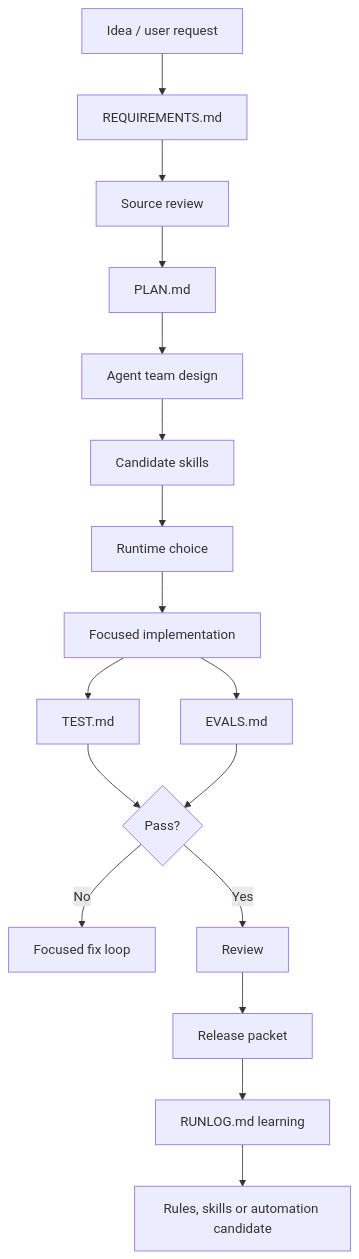
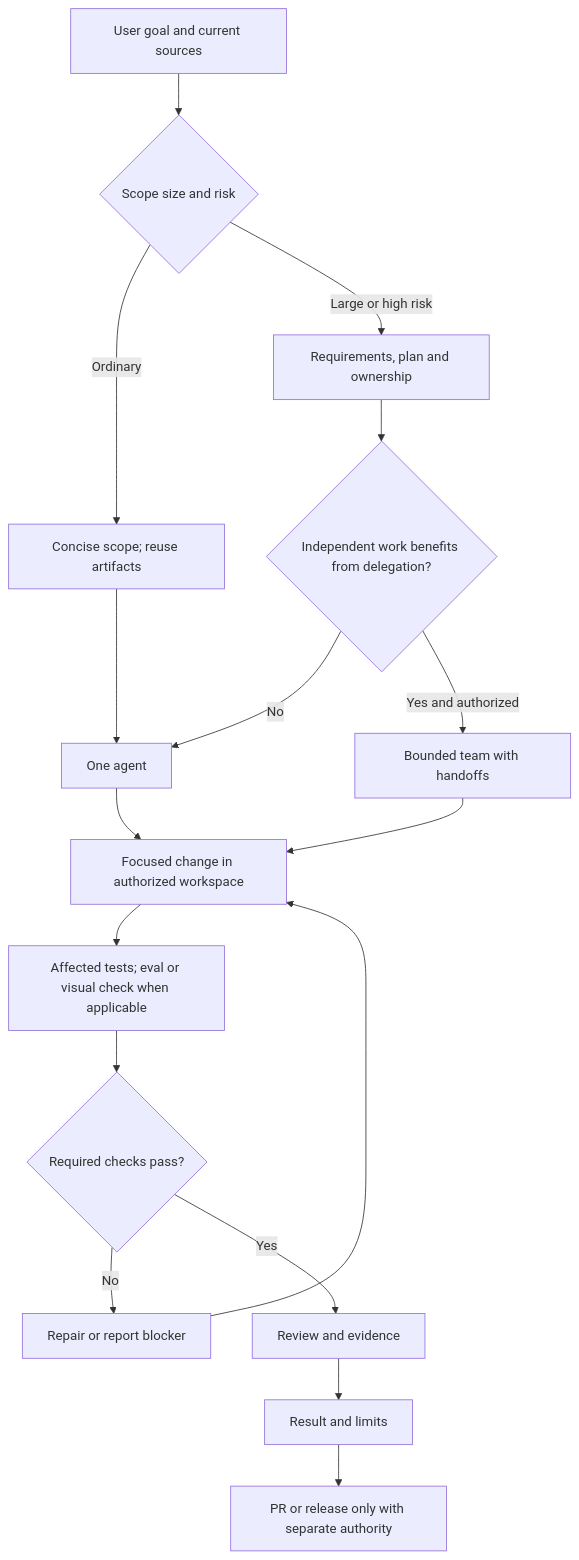
One commit to alexroadcaster/product-agent-os changed the diagram in docs/diagrams/product-delivery-lifecycle.en.md. Above: the diagram before and after it, drawn with Mermaid. The commit also changed other lines of this file and 560 other files, not shown here.

````diff
--- a/docs/diagrams/product-delivery-lifecycle.en.md
+++ b/docs/diagrams/product-delivery-lifecycle.en.md
@@ -7,19 +7,19 @@
 ```mermaid
 flowchart TD
-    A["Idea / user request"] --> B["REQUIREMENTS.md"]
-    B --> C["Source review"]
-    C --> D["PLAN.md"]
-    D --> E["Agent team design"]
-    E --> F["Candidate skills"]
-    F --> G["Runtime choice"]
-    G --> H["Focused implementation"]
-    H --> I["TEST.md"]
-    H --> J["EVALS.md"]
-    I --> K{"Pass?"}
-    J --> K
-    K -->|No| L["Focused fix loop"]
-    K -->|Yes| M["Review"]
-    M --> N["Release packet"]
-    N --> O["RUNLOG.md learning"]
-    O --> P["Rules, skills or automation candidate"]
+    A["User goal and current sources"] --> B{"Scope size and risk"}
+    B -->|Ordinary| C["Concise scope; reuse artifacts"]
+    B -->|Large or high risk| D["Requirements, plan and ownership"]
+    D --> E{"Independent work benefits from delegation?"}
+    E -->|No| F["One agent"]
+    E -->|Yes and authorized| G["Bounded team with handoffs"]
+    C --> F
+    F --> H["Focused change in authorized workspace"]
+    G --> H
+    H --> I["Affected tests; eval or visual check when applicable"]
+    I --> J{"Required checks pass?"}
+    J -->|No| K["Repair or report blocker"]
+    K --> H
+    J -->|Yes| L["Review and evidence"]
+    L --> M["Result and limits"]
+    M --> N["PR or release only with separate authority"]
 ```
````
